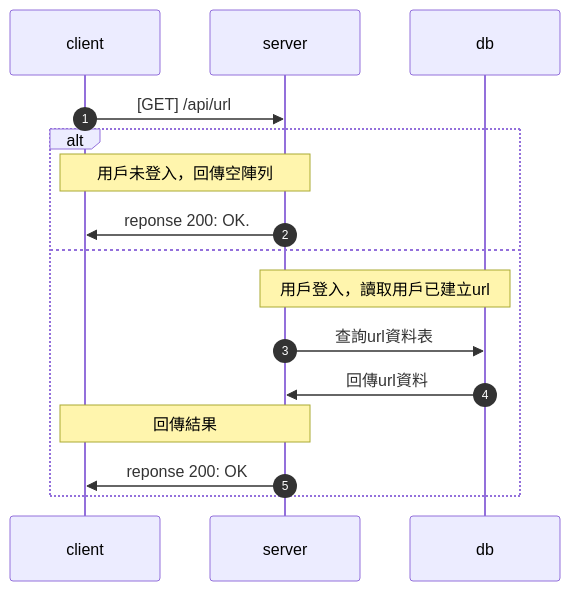
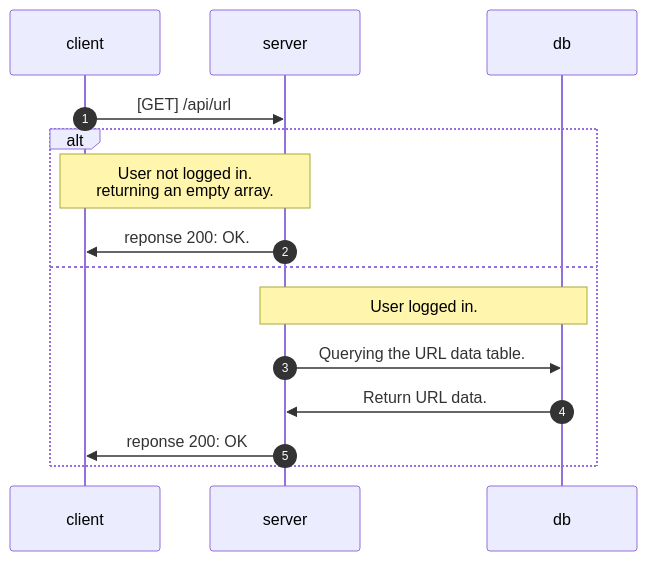
One commit to yanzzzzzzzzz/short_url_backend changed the second of 3 diagrams in docs/api/short_url_api.md. Above: the diagram before and after it, drawn with Mermaid. The commit also changed other lines of this file, not shown here.

````diff
--- a/docs/api/short_url_api.md
+++ b/docs/api/short_url_api.md
@@ -75,20 +75,19 @@
 ```mermaid
 sequenceDiagram
     participant client
     participant server
     participant db
     
     autonumber 1
     client ->> server: [GET] /api/url
     
     alt
-        Note over client, server: 用戶未登入，回傳空陣列
+        Note over client, server: User not logged in.<br>returning an empty array.
         server ->> client: reponse 200: OK.
     else
-        Note over server, db: 用戶登入，讀取用戶已建立url
-        server ->> db: 查詢url資料表
-        db ->> server: 回傳url資料
-        Note over client, server: 回傳結果
+        Note over server, db: User logged in.
+        server ->> db: Querying the URL data table.
+        db ->> server: Return URL data.
         server ->> client: reponse 200: OK
     end
 ```
````
